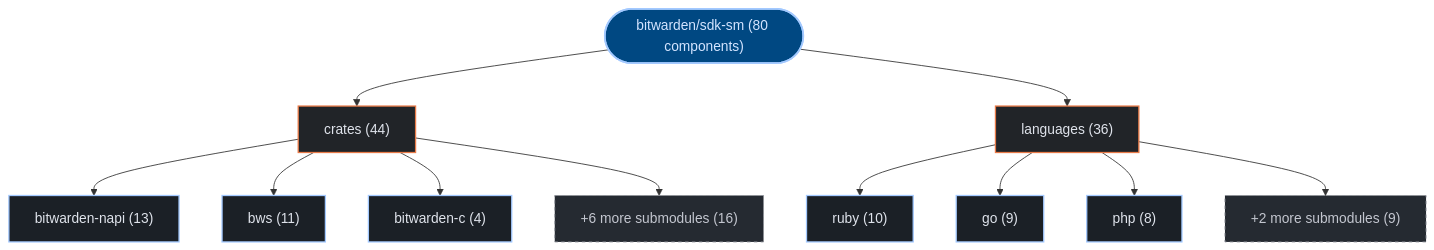
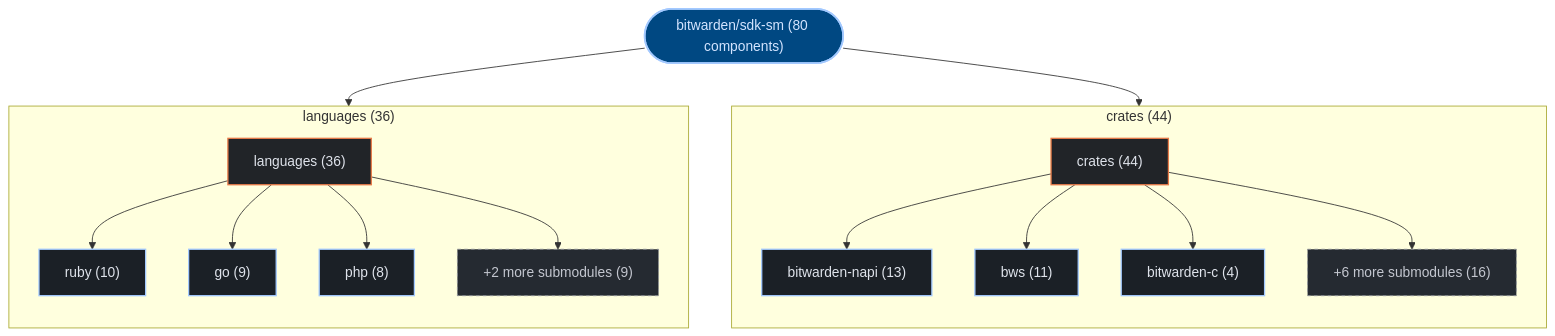
One commit to kumarshaz/atruss-code-atlas changed the first of 3 diagrams in exports/latest/reports/bitwarden-sdk-sm-report.md. Above: the diagram before and after it, drawn with Mermaid. The commit also changed 178 other files, not shown here.

Commit message:
feat(ui,mermaid): upgrade to mermaid v12 + ELK layout, add orgs-summary + pagination, subgraph building blocks, fix tab alignment

````diff
--- a/exports/latest/reports/bitwarden-sdk-sm-report.md
+++ b/exports/latest/reports/bitwarden-sdk-sm-report.md
@@ -42,31 +42,37 @@
 ```mermaid
 graph TD;
   classDef atlasRoot fill:#004882,stroke:#a3c9ff,stroke-width:2px,color:#d3e4ff
   classDef atlasCategory fill:#212428,stroke:#E87A48,stroke-width:1.5px,color:#dfe3eb
   classDef atlasWorkflow fill:#1b2026,stroke:#a3c9ff,stroke-width:1.5px,color:#dfe3eb
   classDef atlasJob fill:#171c22,stroke:#8d9199,stroke-width:1px,color:#dfe3eb
   classDef atlasTarget fill:#005227,stroke:#8bd99b,stroke-width:1.5px,color:#a7f6b6
   classDef atlasAlert fill:#93000a,stroke:#ffb4ab,stroke-width:1.5px,color:#ffdad6
   classDef atlasMore fill:#252a31,stroke:#8d9199,stroke-dasharray:4 4,color:#c3c6cf
     repo_root(["bitwarden/sdk-sm (80 components)"]):::atlasRoot
-    dir_0_crates["crates (44)"]:::atlasCategory
+    subgraph sg_dir_0_crates["crates (44)"]
+      direction TB
+      dir_0_crates["crates (44)"]:::atlasCategory
+      sub_0_0_bitwarden_napi["bitwarden-napi (13)"]:::atlasWorkflow
+      dir_0_crates --> sub_0_0_bitwarden_napi
+      sub_0_1_bws["bws (11)"]:::atlasWorkflow
+      dir_0_crates --> sub_0_1_bws
+      sub_0_2_bitwarden_c["bitwarden-c (4)"]:::atlasWorkflow
+      dir_0_crates --> sub_0_2_bitwarden_c
+      sub_0_more["+6 more submodules (16)"]:::atlasMore
+      dir_0_crates --> sub_0_more
+    end
     repo_root --> dir_0_crates
-    sub_0_0_bitwarden_napi["bitwarden-napi (13)"]:::atlasWorkflow
-    dir_0_crates --> sub_0_0_bitwarden_napi
-    sub_0_1_bws["bws (11)"]:::atlasWorkflow
-    dir_0_crates --> sub_0_1_bws
-    sub_0_2_bitwarden_c["bitwarden-c (4)"]:::atlasWorkflow
-    dir_0_crates --> sub_0_2_bitwarden_c
-    sub_0_more["+6 more submodules (16)"]:::atlasMore
-    dir_0_crates --> sub_0_more
-    dir_1_languages["languages (36)"]:::atlasCategory
+    subgraph sg_dir_1_languages["languages (36)"]
+      direction TB
+      dir_1_languages["languages (36)"]:::atlasCategory
+      sub_1_0_ruby["ruby (10)"]:::atlasWorkflow
+      dir_1_languages --> sub_1_0_ruby
+      sub_1_1_go["go (9)"]:::atlasWorkflow
+      dir_1_languages --> sub_1_1_go
+      sub_1_2_php["php (8)"]:::atlasWorkflow
+      dir_1_languages --> sub_1_2_php
+      sub_1_more["+2 more submodules (9)"]:::atlasMore
+      dir_1_languages --> sub_1_more
+    end
     repo_root --> dir_1_languages
-    sub_1_0_ruby["ruby (10)"]:::atlasWorkflow
-    dir_1_languages --> sub_1_0_ruby
-    sub_1_1_go["go (9)"]:::atlasWorkflow
-    dir_1_languages --> sub_1_1_go
-    sub_1_2_php["php (8)"]:::atlasWorkflow
-    dir_1_languages --> sub_1_2_php
-    sub_1_more["+2 more submodules (9)"]:::atlasMore
-    dir_1_languages --> sub_1_more
 ```
````
